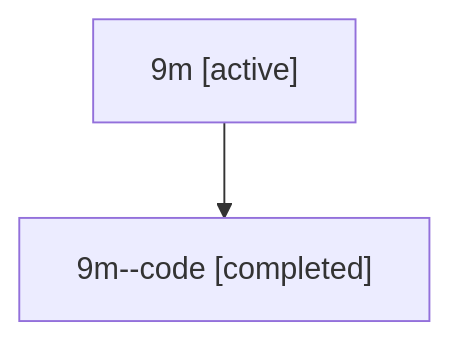
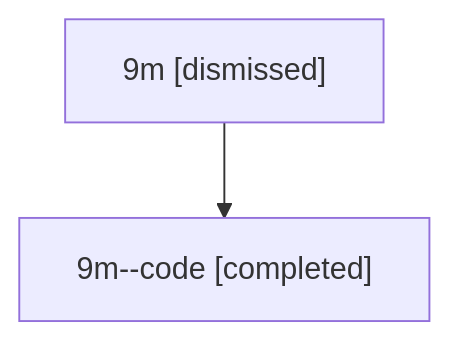
One commit to sase-org/sase--agents changed the diagram in sessions/bbugyi200.athena.9m.md. Above: the diagram before and after it, drawn with Mermaid. The commit also changed other lines of this file and 28 other files, not shown here.

````diff
--- a/sessions/bbugyi200.athena.9m.md
+++ b/sessions/bbugyi200.athena.9m.md
@@ -9,6 +9,6 @@
 ```mermaid
 flowchart TD
-  n0["9m [active]"]
+  n0["9m [dismissed]"]
   n1["9m--code [completed]"]
   n0 --> n1
 ```
````
